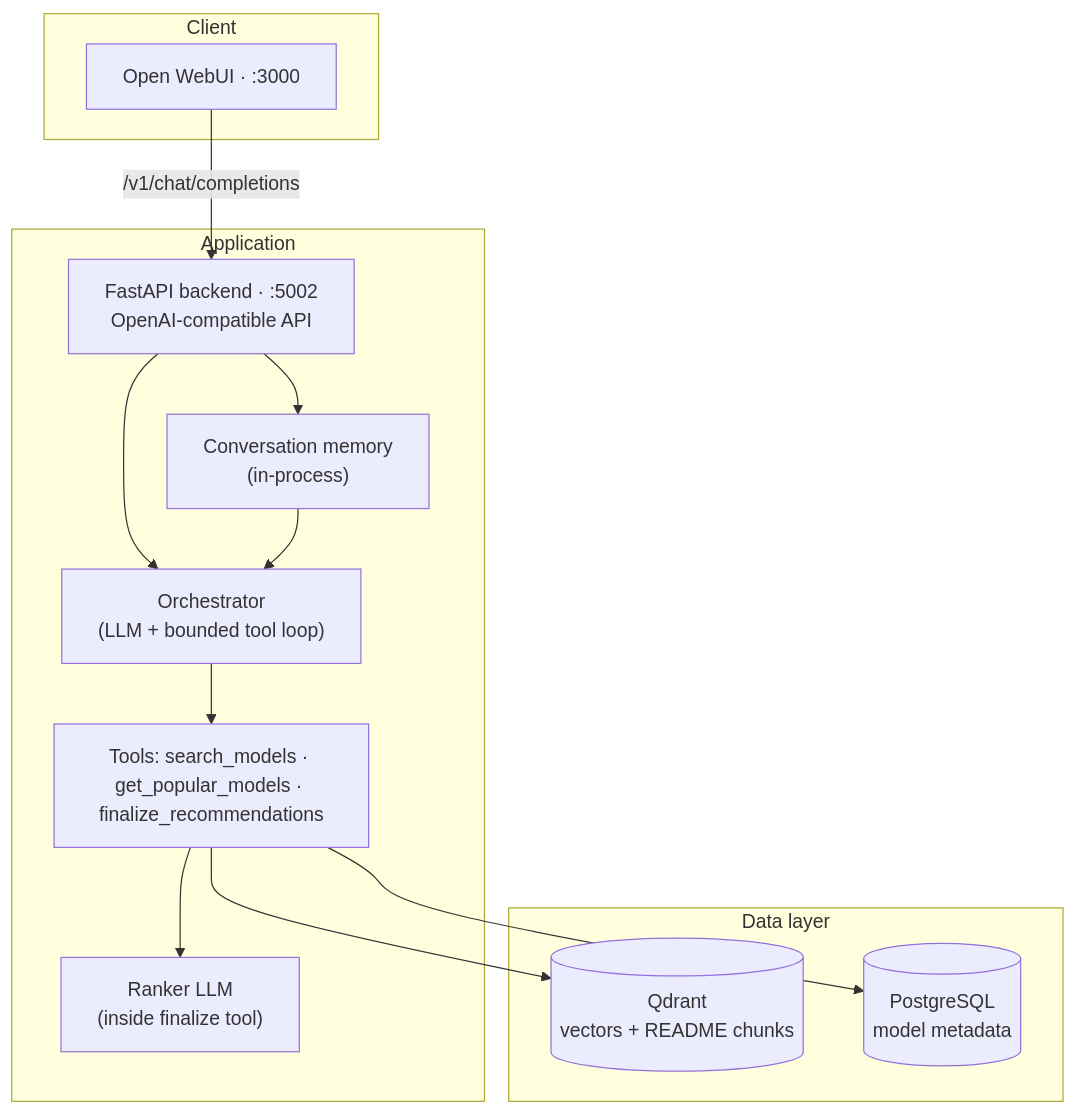
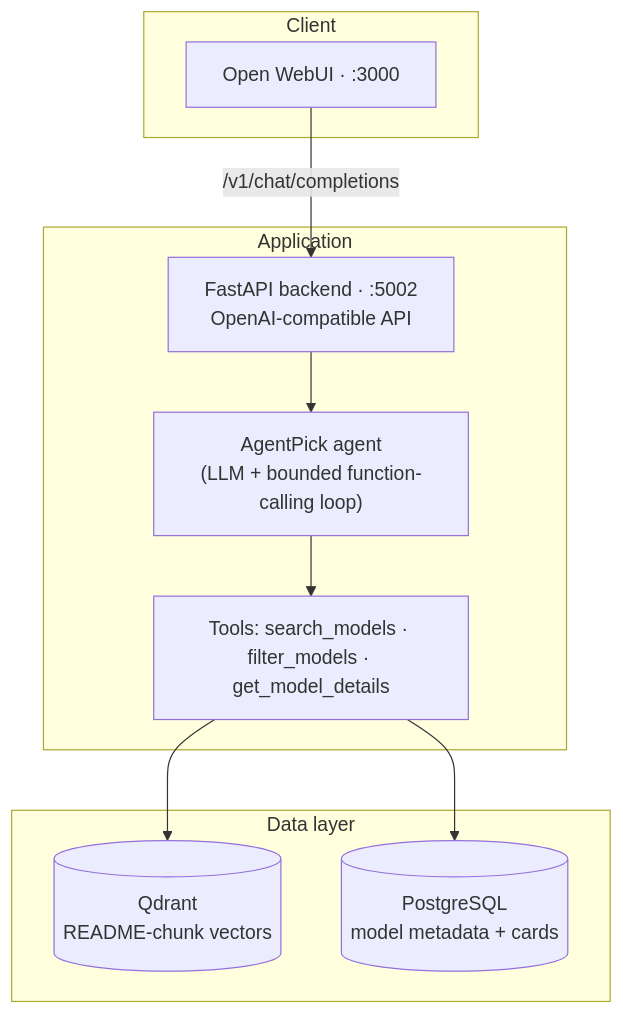
Before and after one commit to MatjazM2020/agentpick: the diagram in README.md, drawn with Mermaid. The commit also changed other lines of this file and 7 other files, not shown here.

````diff
--- a/README.md
+++ b/README.md
@@ -48,28 +46,23 @@
 ```mermaid
 flowchart TB
   subgraph client [Client]
     UI["Open WebUI · :3000"]
   end
 
   subgraph app [Application]
     API["FastAPI backend · :5002<br/>OpenAI-compatible API"]
-    MEM["Conversation memory<br/>(in-process)"]
-    ORCH["Orchestrator<br/>(LLM + bounded tool loop)"]
-    TOOLS["Tools: search_models · get_popular_models · finalize_recommendations"]
-    RK["Ranker LLM<br/>(inside finalize tool)"]
+    AGENT["AgentPick agent<br/>(LLM + bounded function-calling loop)"]
+    TOOLS["Tools: search_models · filter_models · get_model_details"]
   end
 
   subgraph data [Data layer]
-    QD[("Qdrant<br/>vectors + README chunks")]
-    PG[("PostgreSQL<br/>model metadata")]
+    QD[("Qdrant<br/>README-chunk vectors")]
+    PG[("PostgreSQL<br/>model metadata + cards")]
   end
 
   UI -->|"/v1/chat/completions"| API
-  API --> MEM
-  API --> ORCH
-  ORCH --> TOOLS
+  API --> AGENT
+  AGENT --> TOOLS
   TOOLS --> QD
   TOOLS --> PG
-  TOOLS --> RK
-  MEM --> ORCH
 ```
````
